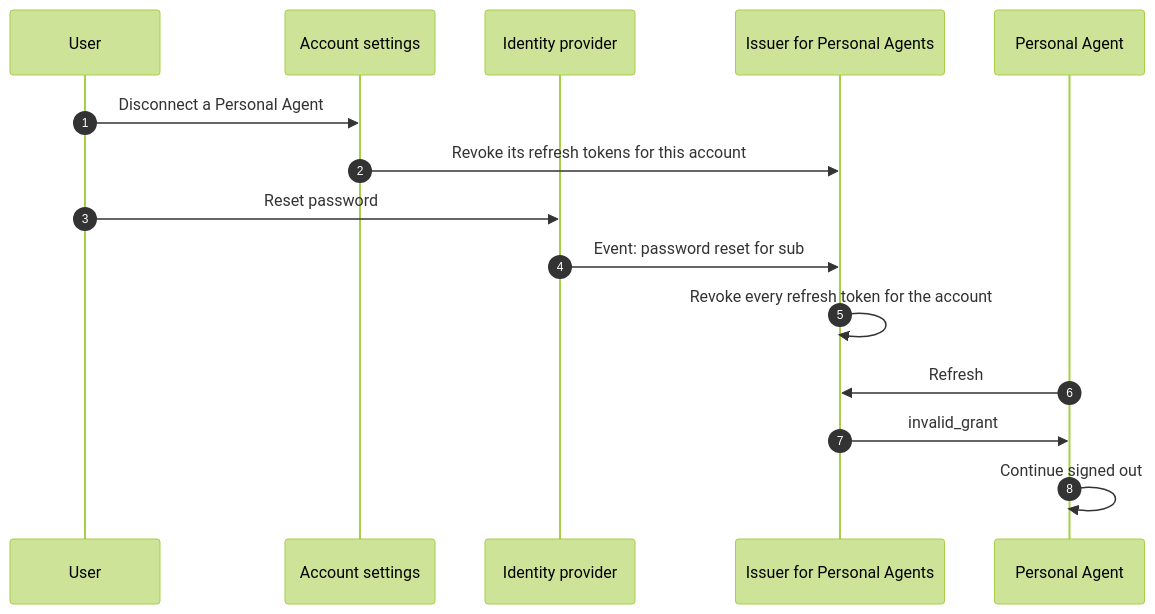
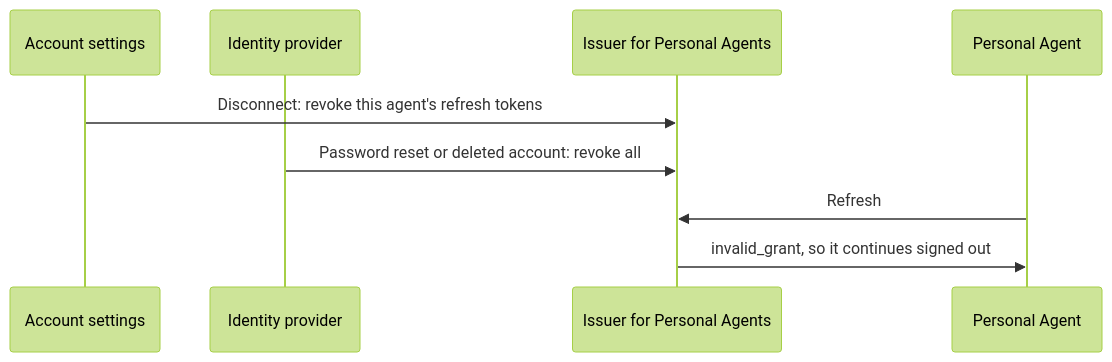
The eighth of 8 diagrams in kit/company/patterns/identity-provider.md (gaokevin1/personal-agent-protocol), drawn with Mermaid (forest theme) before and after one commit. The commit also changed other lines of this file and 1 other file, not shown here.

````diff
--- a/kit/company/patterns/identity-provider.md
+++ b/kit/company/patterns/identity-provider.md
@@ -339,17 +188,11 @@
 ```mermaid
 sequenceDiagram
-  autonumber
-  participant U as User
   participant W as Account settings
   participant IdP as Identity provider
   participant AS as Issuer for Personal Agents
   participant PA as Personal Agent
-  U->>W: Disconnect a Personal Agent
-  W->>AS: Revoke its refresh tokens for this account
-  U->>IdP: Reset password
-  IdP->>AS: Event: password reset for sub
-  AS->>AS: Revoke every refresh token for the account
+  W->>AS: Disconnect: revoke this agent's refresh tokens
+  IdP->>AS: Password reset or deleted account: revoke all
   PA->>AS: Refresh
-  AS->>PA: invalid_grant
-  PA->>PA: Continue signed out
+  AS->>PA: invalid_grant, so it continues signed out
 ```
````
